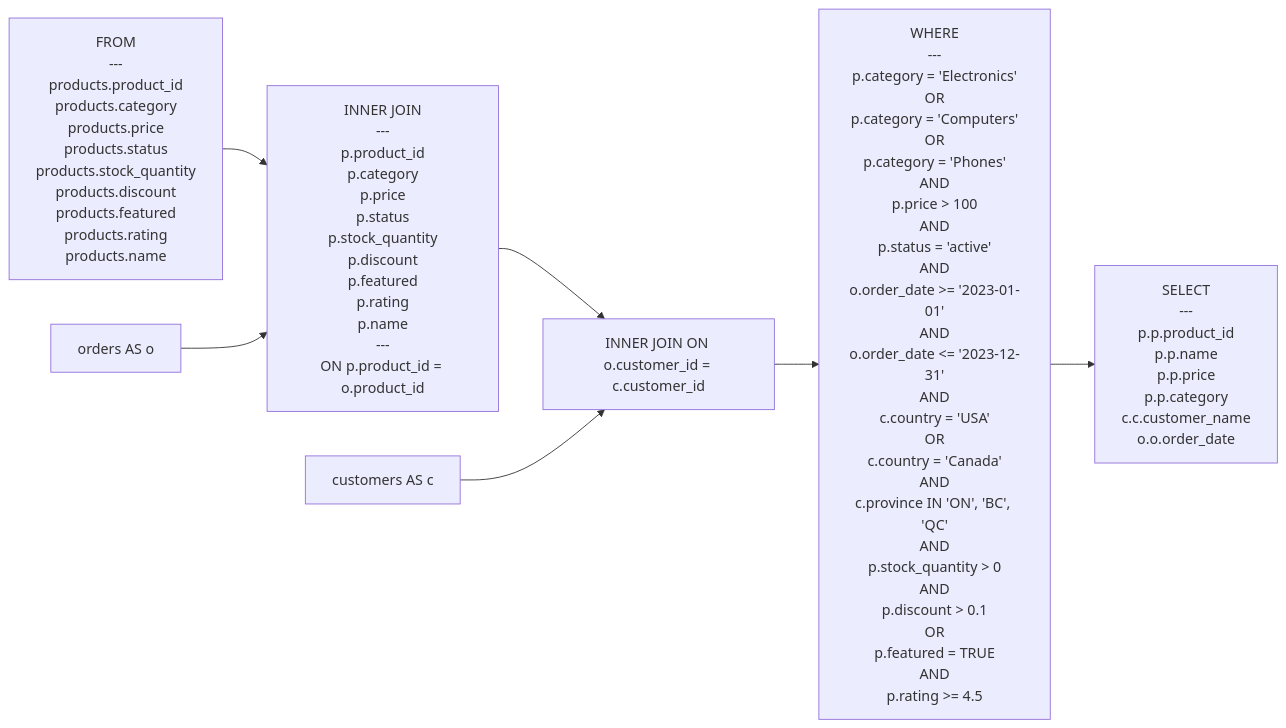
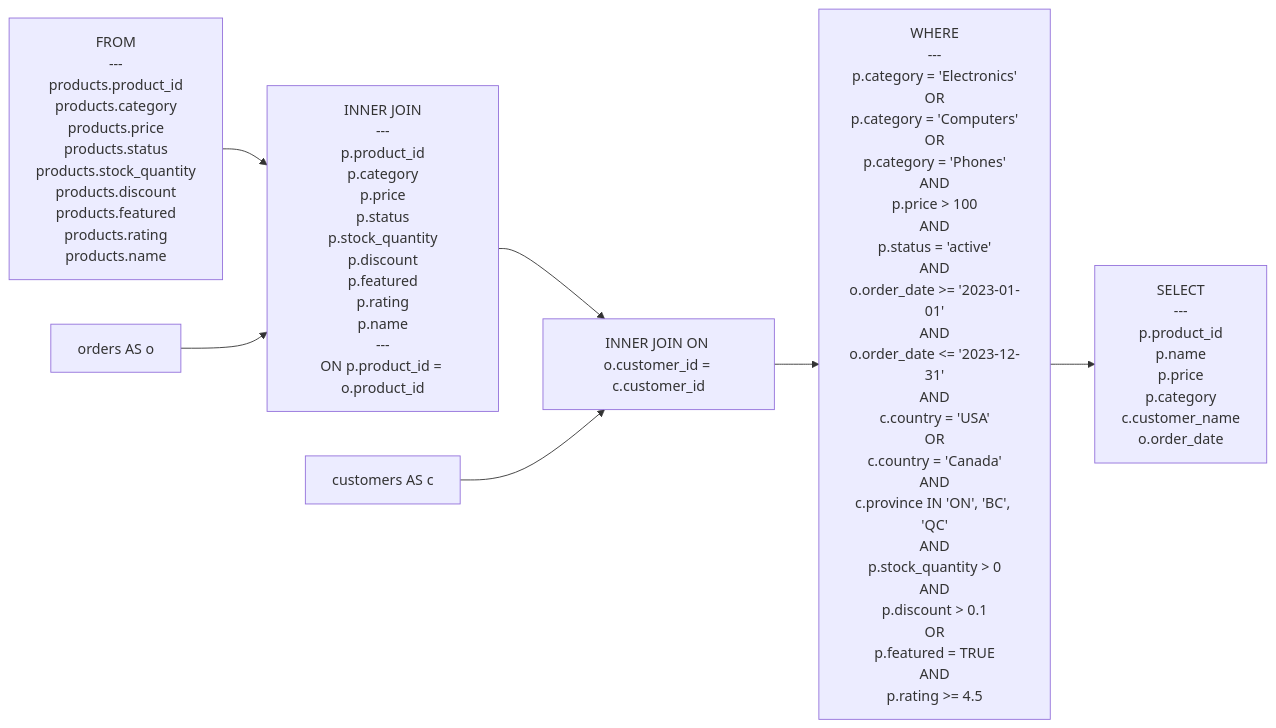
One commit to rot1024/sqloflow changed the diagram in examples/complex_where.mmd. Above: the diagram before and after it, drawn with Mermaid. The commit also changed 13 other files, not shown here.

```diff
--- a/examples/complex_where.mmd
+++ b/examples/complex_where.mmd
@@ -1,14 +1,14 @@
 flowchart LR
     node_0["FROM<br/>---<br/>products.product_id<br/>products.category<br/>products.price<br/>products.status<br/>products.stock_quantity<br/>products.discount<br/>products.featured<br/>products.rating<br/>products.name"]
     node_1[orders AS o]
     node_2["INNER JOIN<br/>---<br/>p.product_id<br/>p.category<br/>p.price<br/>p.status<br/>p.stock_quantity<br/>p.discount<br/>p.featured<br/>p.rating<br/>p.name<br/>---<br/>ON p.product_id = o.product_id"]
     node_3[customers AS c]
     node_4["INNER JOIN ON o.customer_id = c.customer_id"]
     node_5["WHERE<br/>---<br/>p.category = 'Electronics'<br/>OR<br/>p.category = 'Computers'<br/>OR<br/>p.category = 'Phones'<br/>AND<br/>p.price &gt; 100<br/>AND<br/>p.status = 'active'<br/>AND<br/>o.order_date &gt;= '2023-01-01'<br/>AND<br/>o.order_date &lt;= '2023-12-31'<br/>AND<br/>c.country = 'USA'<br/>OR<br/>c.country = 'Canada'<br/>AND<br/>c.province IN 'ON', 'BC', 'QC'<br/>AND<br/>p.stock_quantity &gt; 0<br/>AND<br/>p.discount &gt; 0.1<br/>OR<br/>p.featured = TRUE<br/>AND<br/>p.rating &gt;= 4.5"]
-    node_6["SELECT<br/>---<br/>p.p.product_id<br/>p.p.name<br/>p.p.price<br/>p.p.category<br/>c.c.customer_name<br/>o.o.order_date"]
+    node_6["SELECT<br/>---<br/>p.product_id<br/>p.name<br/>p.price<br/>p.category<br/>c.customer_name<br/>o.order_date"]
     node_0 --> node_2
     node_1 --> node_2
     node_2 --> node_4
     node_3 --> node_4
     node_4 --> node_5
     node_5 --> node_6
```
